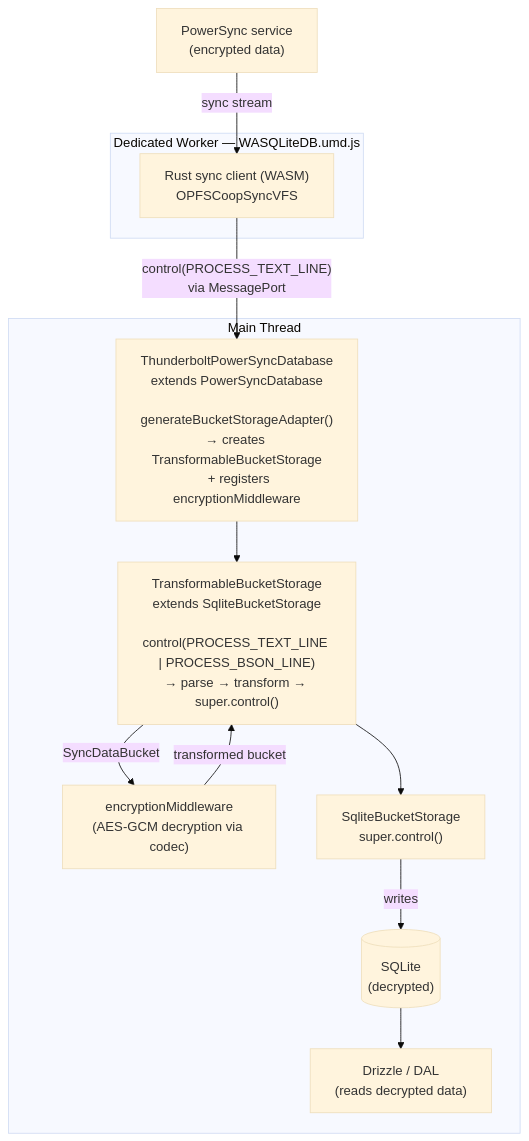
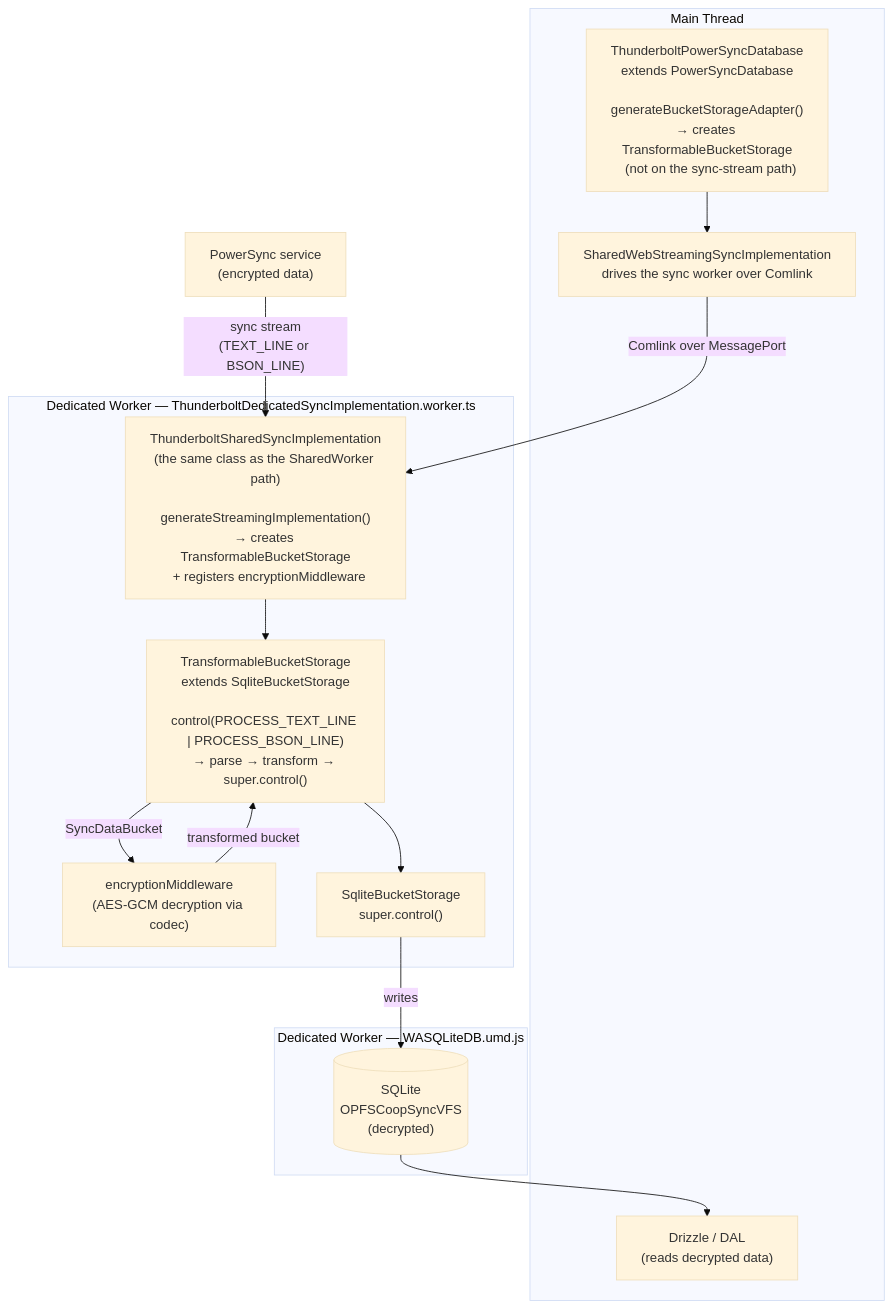
One commit to thunderbird/thunderbolt changed the second of 2 diagrams in docs/architecture/powersync-sync-middleware.md. Above: the diagram before and after it, drawn with Mermaid (base theme). The commit also changed other lines of this file and 96 other files, not shown here.

````diff
--- a/docs/architecture/powersync-sync-middleware.md
+++ b/docs/architecture/powersync-sync-middleware.md
@@ -64,26 +65,31 @@
 ```mermaid
 flowchart TD
     Server["PowerSync service<br/>(encrypted data)"]
 
     subgraph MainThread["Main Thread"]
-        TPS["ThunderboltPowerSyncDatabase<br/>extends PowerSyncDatabase<br/><br/>generateBucketStorageAdapter()<br/>→ creates TransformableBucketStorage<br/>  + registers encryptionMiddleware"]
+        TPS["ThunderboltPowerSyncDatabase<br/>extends PowerSyncDatabase<br/><br/>generateBucketStorageAdapter()<br/>→ creates TransformableBucketStorage<br/>  (not on the sync-stream path)"]
+        SWSSI["SharedWebStreamingSyncImplementation<br/>drives the sync worker over Comlink"]
+        Drizzle["Drizzle / DAL<br/>(reads decrypted data)"]
+    end
+
+    subgraph SyncWorker["Dedicated Worker — ThunderboltDedicatedSyncImplementation.worker.ts"]
+        TSSI["ThunderboltSharedSyncImplementation<br/>(the same class as the SharedWorker path)<br/><br/>generateStreamingImplementation()<br/>→ creates TransformableBucketStorage<br/>  + registers encryptionMiddleware"]
         TBS["TransformableBucketStorage<br/>extends SqliteBucketStorage<br/><br/>control(PROCESS_TEXT_LINE | PROCESS_BSON_LINE)<br/>→ parse → transform → super.control()"]
         MW["encryptionMiddleware<br/>(AES-GCM decryption via codec)"]
         SBS["SqliteBucketStorage<br/>super.control()"]
-        Drizzle["Drizzle / DAL<br/>(reads decrypted data)"]
-        SQLite[("SQLite<br/>(decrypted)")]
     end
 
-    subgraph DedicatedWorker["Dedicated Worker — WASQLiteDB.umd.js"]
-        WASM["Rust sync client (WASM)<br/>OPFSCoopSyncVFS"]
+    subgraph DbWorker["Dedicated Worker — WASQLiteDB.umd.js"]
+        SQLite[("SQLite<br/>OPFSCoopSyncVFS<br/>(decrypted)")]
     end
 
-    Server -->|"sync stream"| WASM
-    WASM -->|"control(PROCESS_TEXT_LINE)<br/>via MessagePort"| TPS
-    TPS --> TBS
+    TPS --> SWSSI
+    SWSSI -->|"Comlink over MessagePort"| TSSI
+    Server -->|"sync stream<br/>(TEXT_LINE or BSON_LINE)"| TSSI
+    TSSI --> TBS
     TBS -->|"SyncDataBucket"| MW
     MW -->|"transformed bucket"| TBS
     TBS --> SBS
     SBS -->|"writes"| SQLite
     SQLite --> Drizzle
 ```
````
